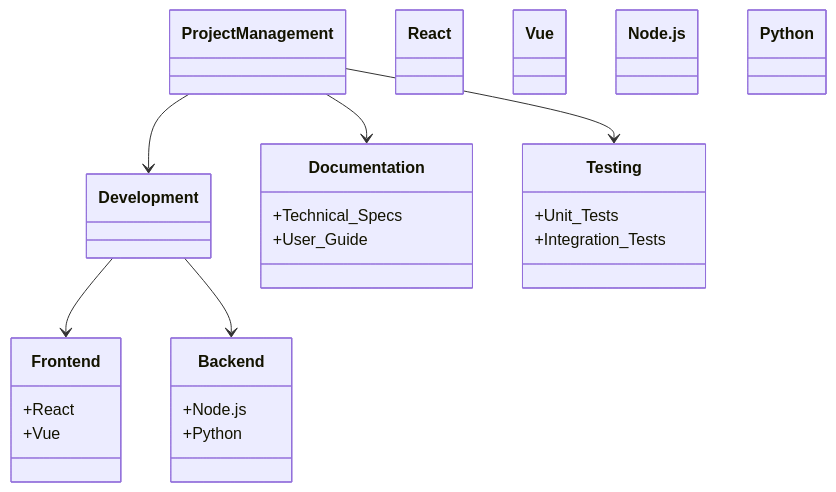
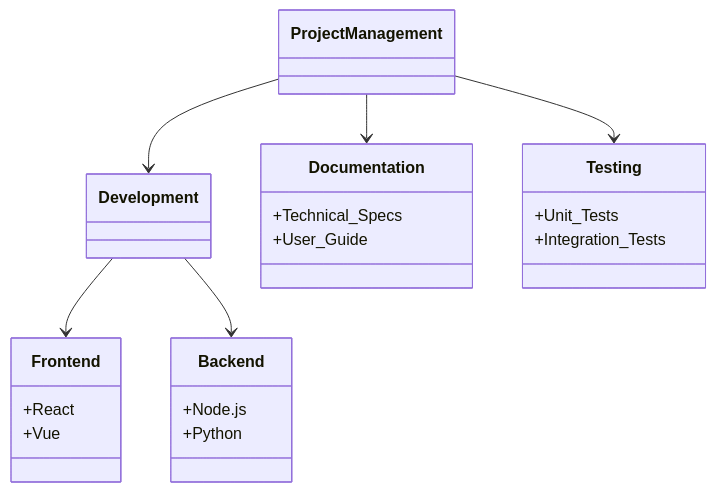
The diagram in sample_graph.md (axmakarov/datalytics), drawn with Mermaid before and after one commit.

````diff
--- a/sample_graph.md
+++ b/sample_graph.md
@@ -1,44 +1,31 @@
 ```mermaid
 classDiagram
     ProjectManagement --> Development
     ProjectManagement --> Documentation
     ProjectManagement --> Testing
     
     Development --> Frontend
     Development --> Backend
     
     class Frontend {
         +React
         +Vue
     }
     click Frontend href "https://example.com/frontend"
     
     class Backend {
         +Node.js
         +Python
     }
     click Backend href "https://example.com/backend"
     
     class Documentation {
         +Technical_Specs
         +User_Guide
     }
     
     class Testing {
         +Unit_Tests
         +Integration_Tests
     }
-    
-    %% Add clickable links for specific technologies
-    class React
-    click React href "https://reactjs.org"
-    
-    class Vue
-    click Vue href "https://vuejs.org"
-    
-    class Node.js
-    click Node.js href "https://nodejs.org"
-    
-    class Python
-    click Python href "https://python.org"
 ```
````
